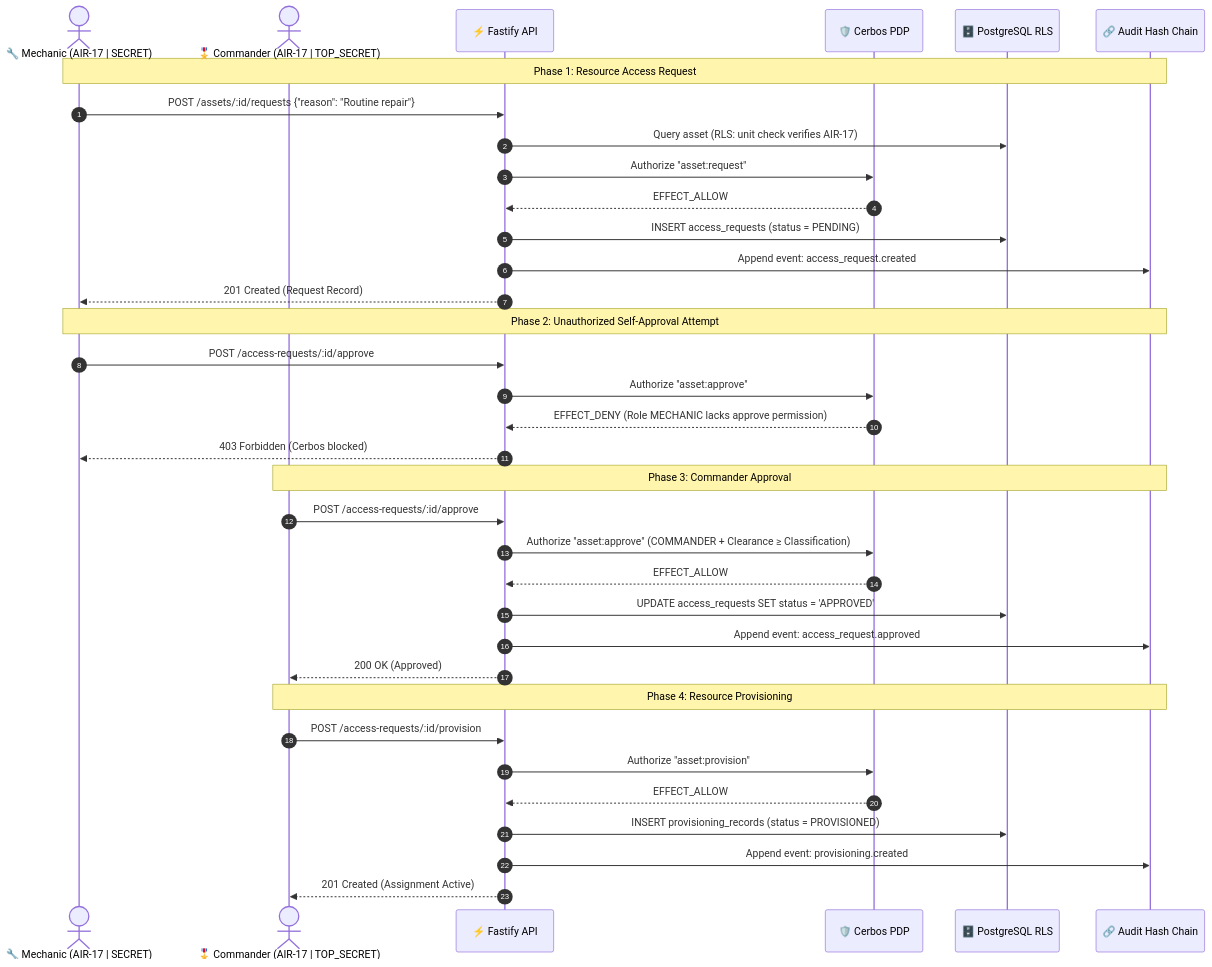
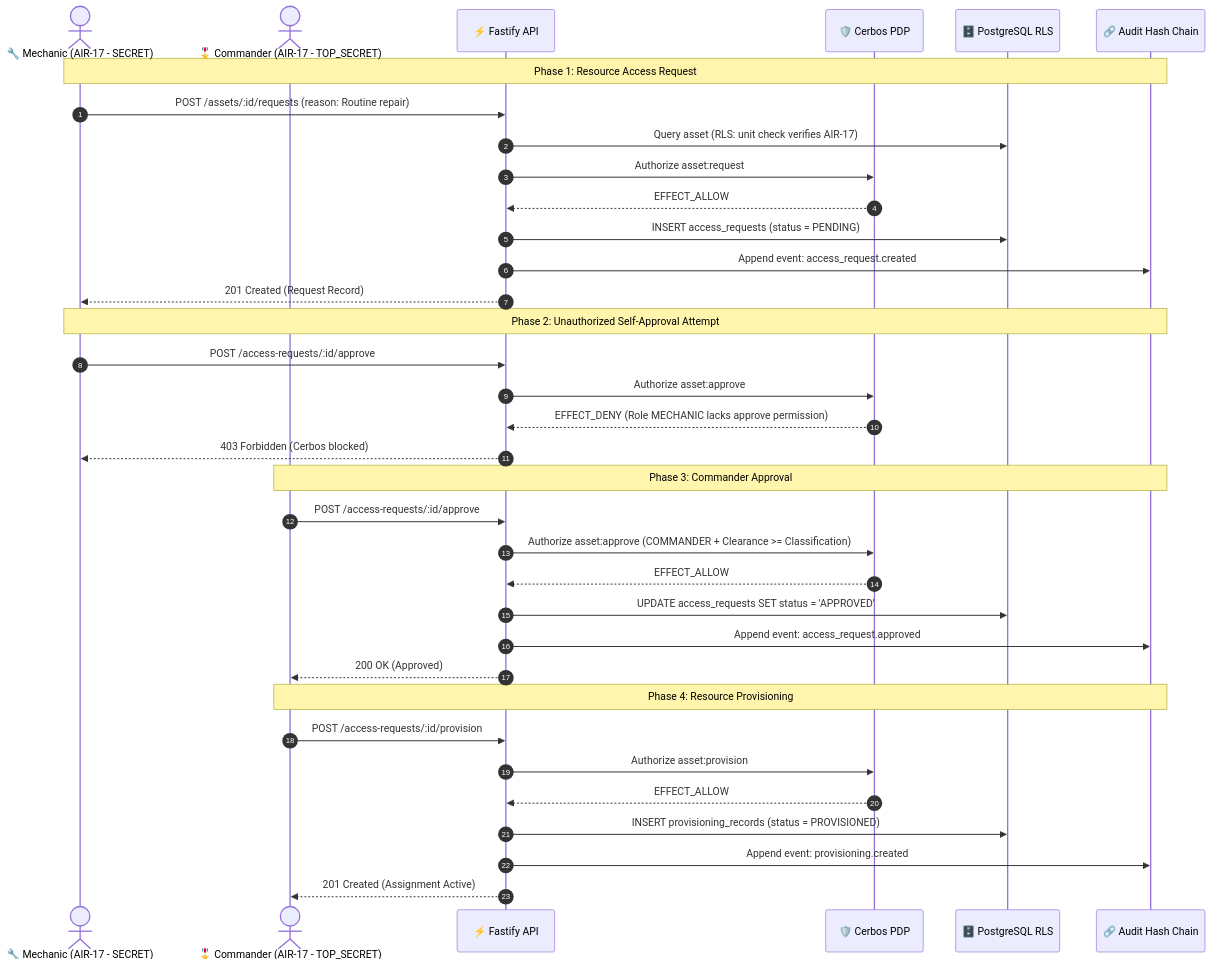
Before and after one commit to RASH-2137/redmesh: the third of 4 diagrams in README.md, drawn with Mermaid. The commit also changed other lines of this file, not shown here.

````diff
--- a/README.md
+++ b/README.md
@@ -133,41 +133,41 @@
 ```mermaid
 sequenceDiagram
     autonumber
-    actor Mechanic as 🔧 Mechanic (AIR-17 | SECRET)
-    actor Commander as 🎖️ Commander (AIR-17 | TOP_SECRET)
+    actor Mechanic as 🔧 Mechanic (AIR-17 - SECRET)
+    actor Commander as 🎖️ Commander (AIR-17 - TOP_SECRET)
     participant API as ⚡ Fastify API
     participant Cerbos as 🛡️ Cerbos PDP
     participant DB as 🗄️ PostgreSQL RLS
     participant Audit as 🔗 Audit Hash Chain
 
     Note over Mechanic,Audit: Phase 1: Resource Access Request
-    Mechanic->>API: POST /assets/:id/requests {"reason": "Routine repair"}
+    Mechanic->>API: POST /assets/:id/requests (reason: Routine repair)
     API->>DB: Query asset (RLS: unit check verifies AIR-17)
-    API->>Cerbos: Authorize "asset:request"
+    API->>Cerbos: Authorize asset:request
     Cerbos-->>API: EFFECT_ALLOW
     API->>DB: INSERT access_requests (status = PENDING)
     API->>Audit: Append event: access_request.created
     API-->>Mechanic: 201 Created (Request Record)
 
     Note over Mechanic,Audit: Phase 2: Unauthorized Self-Approval Attempt
     Mechanic->>API: POST /access-requests/:id/approve
-    API->>Cerbos: Authorize "asset:approve"
+    API->>Cerbos: Authorize asset:approve
     Cerbos-->>API: EFFECT_DENY (Role MECHANIC lacks approve permission)
     API-->>Mechanic: 403 Forbidden (Cerbos blocked)
 
     Note over Commander,Audit: Phase 3: Commander Approval
     Commander->>API: POST /access-requests/:id/approve
-    API->>Cerbos: Authorize "asset:approve" (COMMANDER + Clearance ≥ Classification)
+    API->>Cerbos: Authorize asset:approve (COMMANDER + Clearance >= Classification)
     Cerbos-->>API: EFFECT_ALLOW
     API->>DB: UPDATE access_requests SET status = 'APPROVED'
     API->>Audit: Append event: access_request.approved
     API-->>Commander: 200 OK (Approved)
 
     Note over Commander,Audit: Phase 4: Resource Provisioning
     Commander->>API: POST /access-requests/:id/provision
-    API->>Cerbos: Authorize "asset:provision"
+    API->>Cerbos: Authorize asset:provision
     Cerbos-->>API: EFFECT_ALLOW
     API->>DB: INSERT provisioning_records (status = PROVISIONED)
     API->>Audit: Append event: provisioning.created
     API-->>Commander: 201 Created (Assignment Active)
 ```
````
